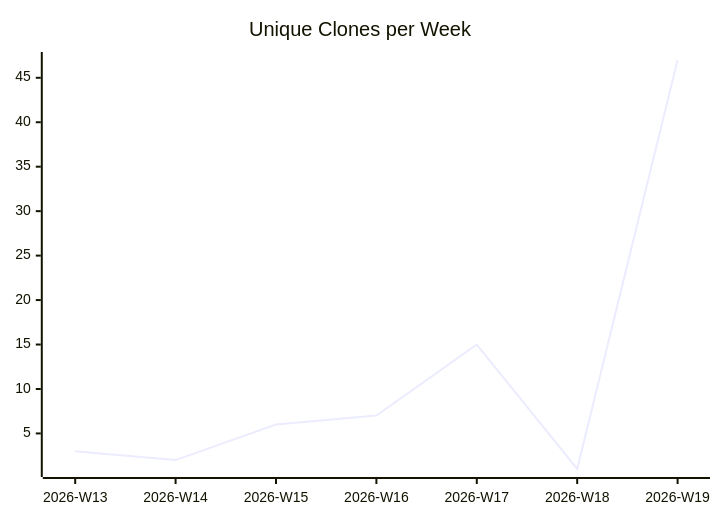
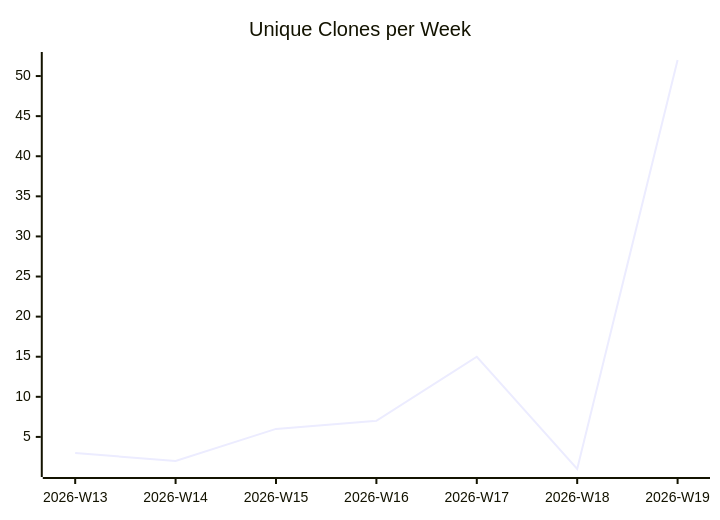
One commit to justdavis-family/github-analytics-data changed the third of 3 diagrams in karlmdavis/justdavis-ansible/README.md. Above: the diagram before and after it, drawn with Mermaid. The commit also changed other lines of this file and 192 other files, not shown here.

````diff
--- a/karlmdavis/justdavis-ansible/README.md
+++ b/karlmdavis/justdavis-ansible/README.md
@@ -19,6 +19,6 @@
 ```mermaid
 xychart-beta
   title "Unique Clones per Week"
   x-axis ["2026-W13", "2026-W14", "2026-W15", "2026-W16", "2026-W17", "2026-W18", "2026-W19"]
-  line [3, 2, 6, 7, 15, 1, 47]
+  line [3, 2, 6, 7, 15, 1, 52]
 ```
````
